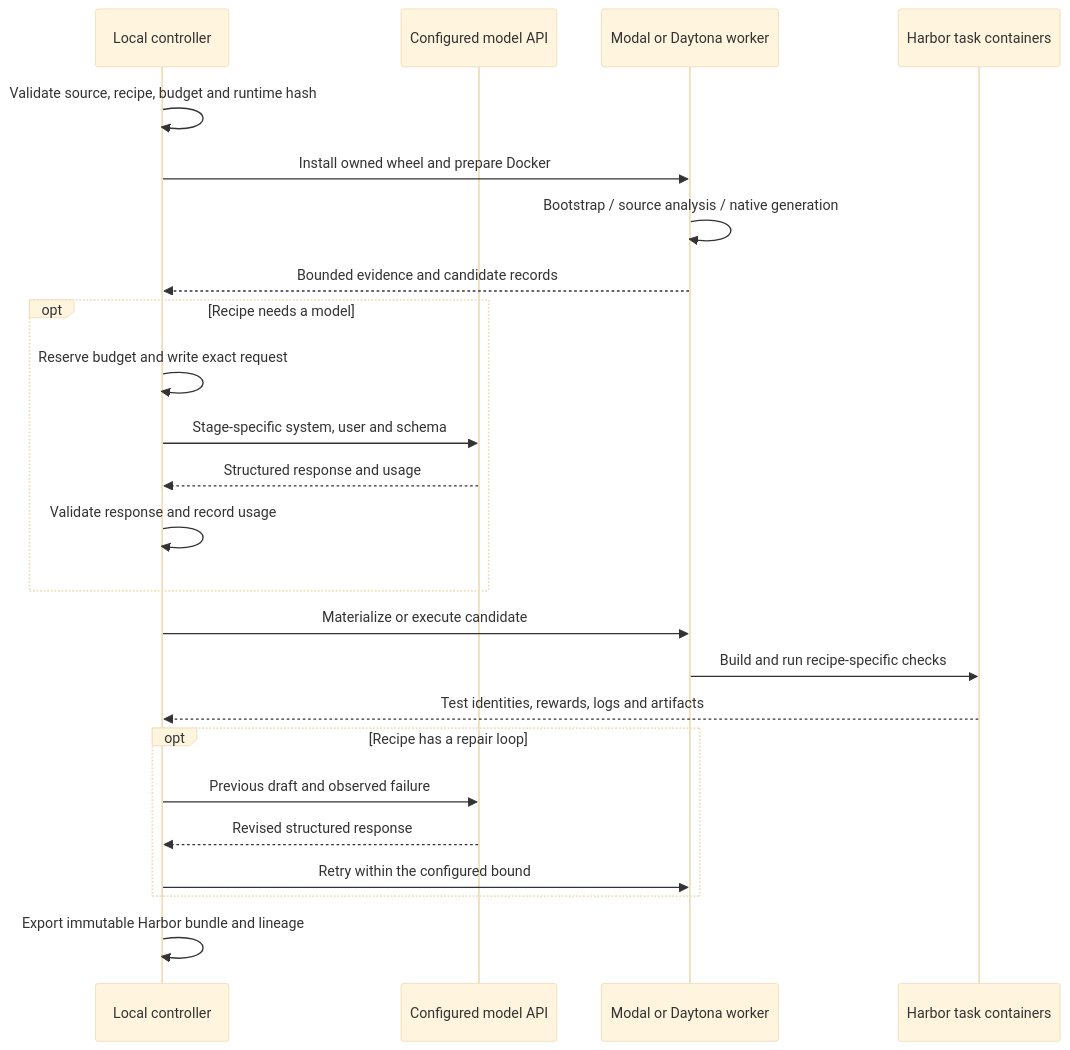
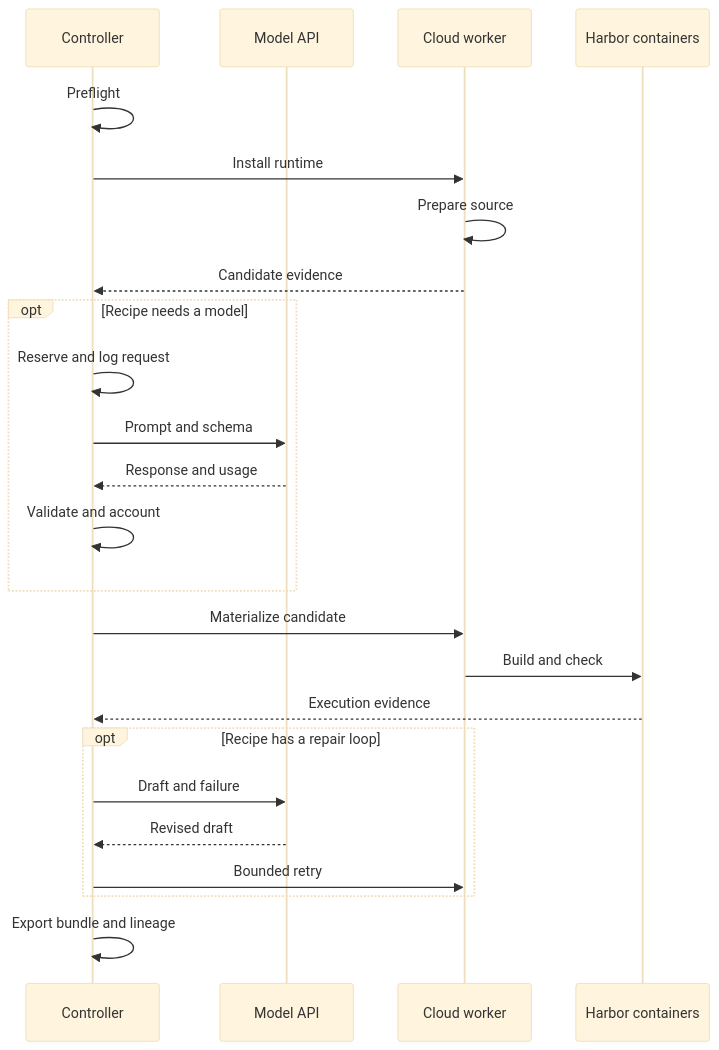
The second of 3 diagrams in docs/pipelines/owned_recipes.md (huggingface/Repo2RLEnv), drawn with Mermaid (base theme) before and after one commit. The commit also changed other lines of this file, not shown here.

Commit message:
docs: improve pipeline sequence readability

````diff
--- a/docs/pipelines/owned_recipes.md
+++ b/docs/pipelines/owned_recipes.md
@@ -66,26 +66,26 @@
 ```mermaid
 sequenceDiagram
-  participant C as Local controller
-  participant M as Configured model API
-  participant W as Modal or Daytona worker
-  participant H as Harbor task containers
-  C->>C: Validate source, recipe, budget and runtime hash
-  C->>W: Install owned wheel and prepare Docker
-  W->>W: Bootstrap / source analysis / native generation
-  W-->>C: Bounded evidence and candidate records
+  participant C as Controller
+  participant M as Model API
+  participant W as Cloud worker
+  participant H as Harbor containers
+  C->>C: Preflight
+  C->>W: Install runtime
+  W->>W: Prepare source
+  W-->>C: Candidate evidence
   opt Recipe needs a model
-    C->>C: Reserve budget and write exact request
-    C->>M: Stage-specific system, user and schema
-    M-->>C: Structured response and usage
-    C->>C: Validate response and record usage
+    C->>C: Reserve and log request
+    C->>M: Prompt and schema
+    M-->>C: Response and usage
+    C->>C: Validate and account
   end
-  C->>W: Materialize or execute candidate
-  W->>H: Build and run recipe-specific checks
-  H-->>C: Test identities, rewards, logs and artifacts
+  C->>W: Materialize candidate
+  W->>H: Build and check
+  H-->>C: Execution evidence
   opt Recipe has a repair loop
-    C->>M: Previous draft and observed failure
-    M-->>C: Revised structured response
-    C->>W: Retry within the configured bound
+    C->>M: Draft and failure
+    M-->>C: Revised draft
+    C->>W: Bounded retry
   end
-  C->>C: Export immutable Harbor bundle and lineage
+  C->>C: Export bundle and lineage
 ```
````
